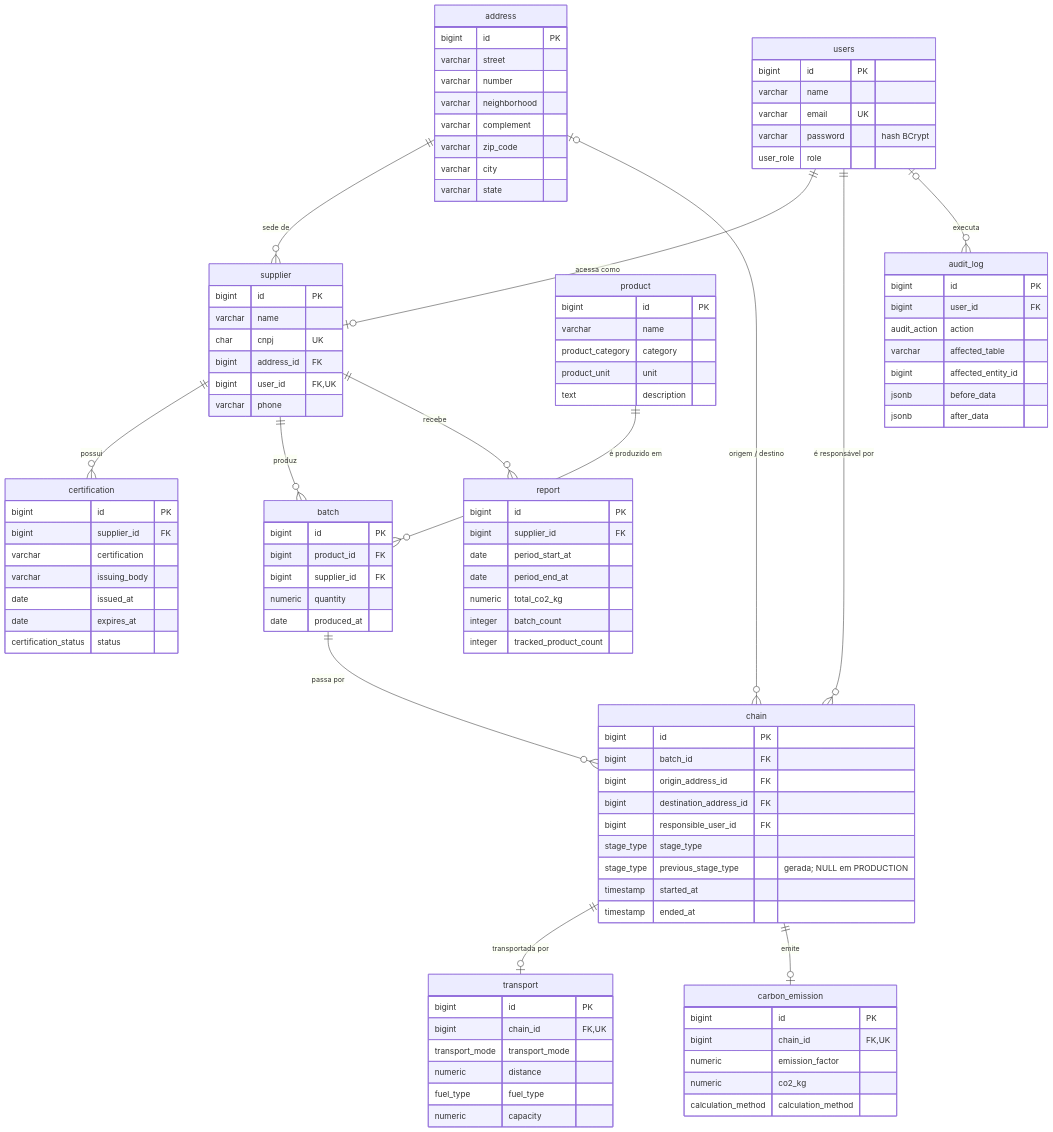
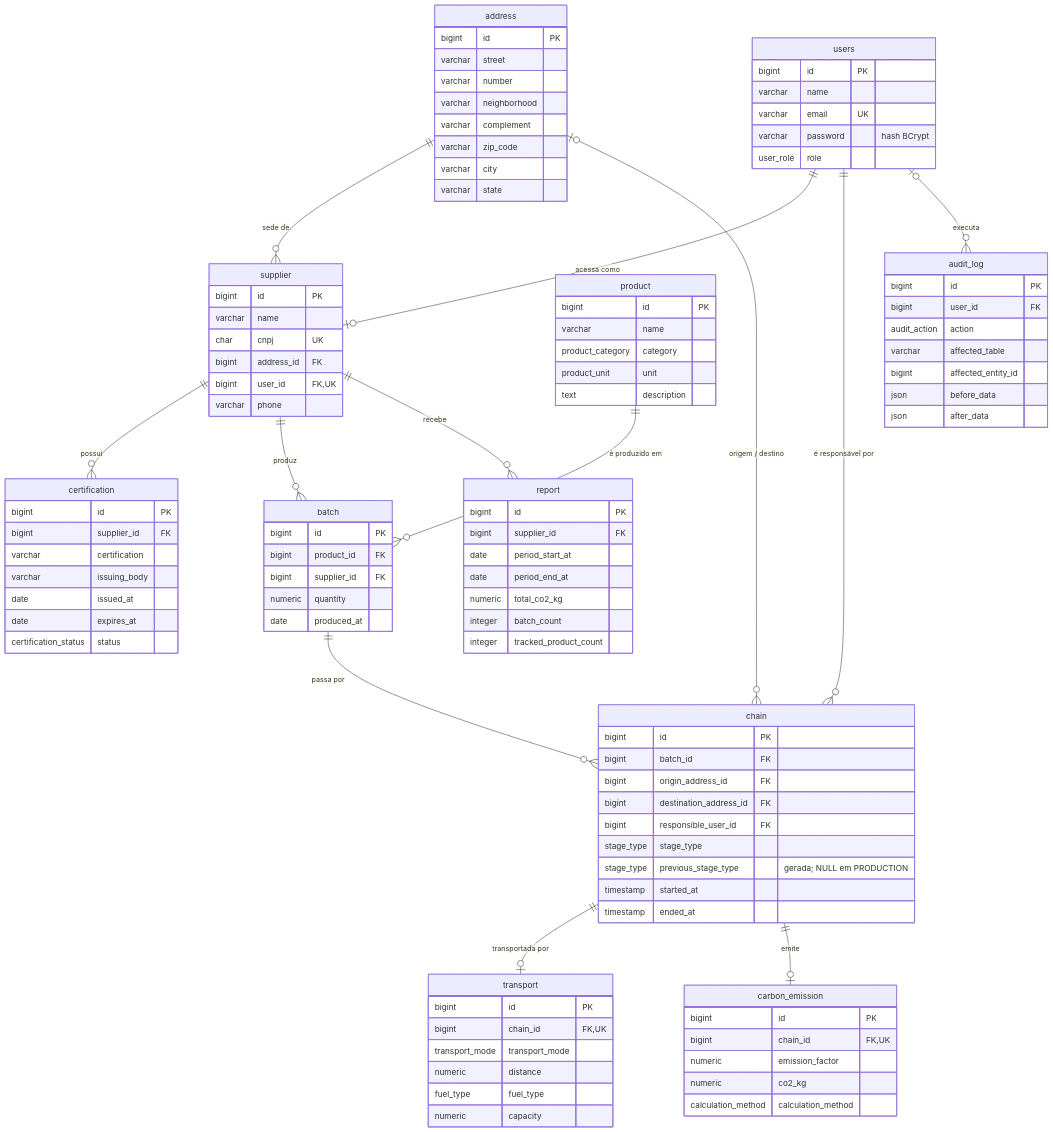
Before and after one commit to matheusnascimentods/supply-chain-verde-api: the second of 2 diagrams in README.md, drawn with Mermaid. The commit also changed other lines of this file and 7 other files, not shown here.

````diff
--- a/README.md
+++ b/README.md
@@ -233,7 +233,7 @@
         audit_action action
         varchar affected_table
         bigint affected_entity_id
-        jsonb before_data
-        jsonb after_data
+        json before_data
+        json after_data
     }
 ```
````
